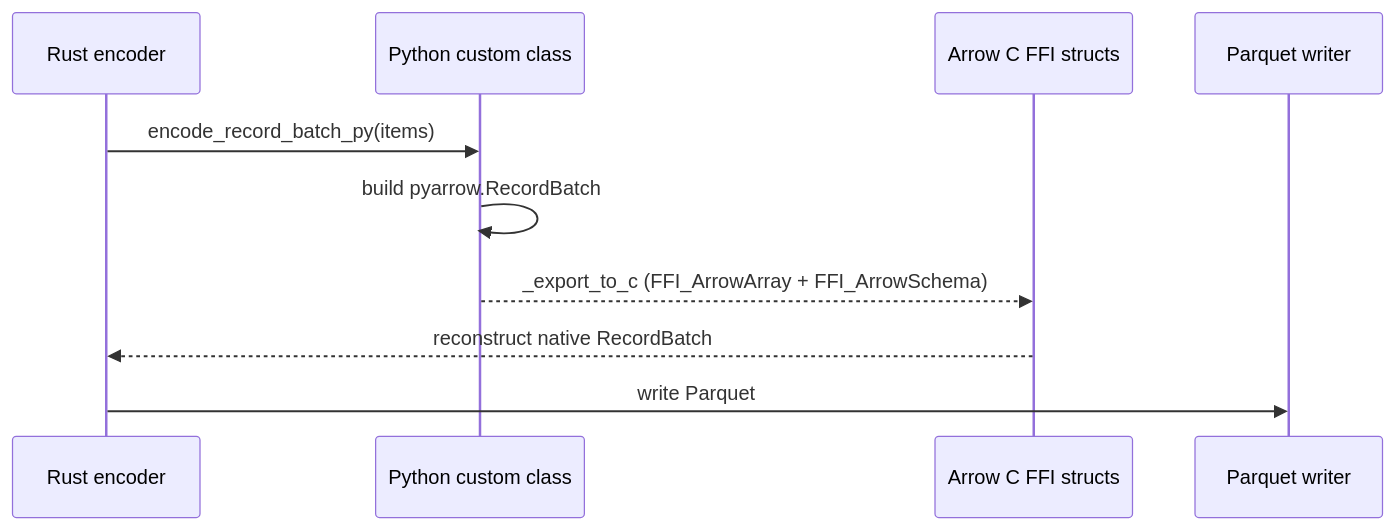
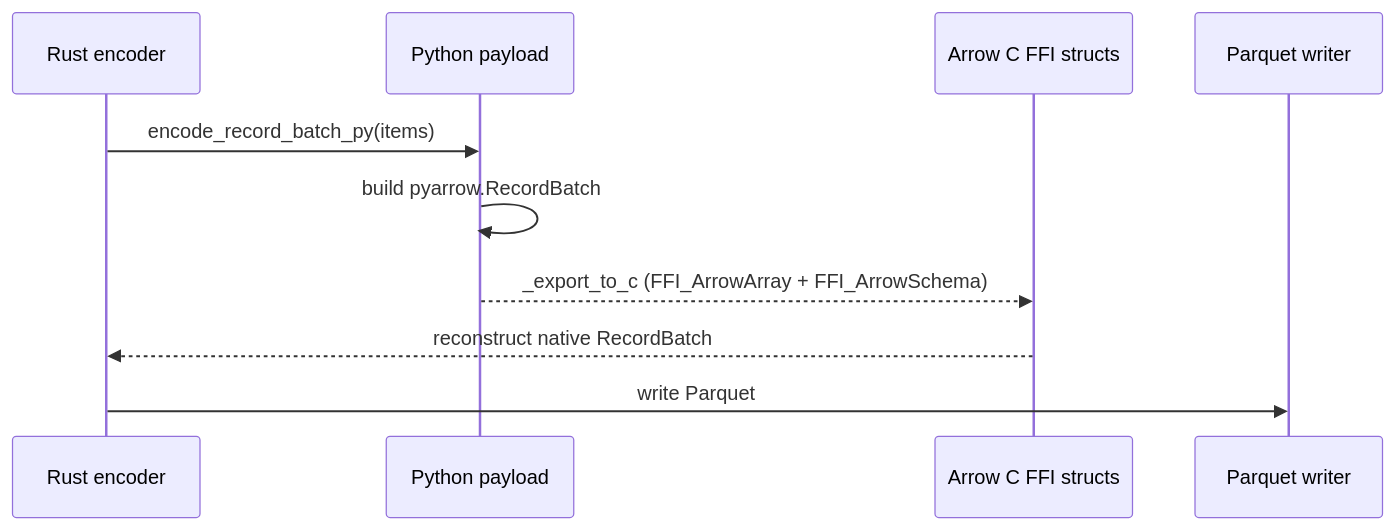
Before and after one commit to nautechsystems/nautilus_trader: the third of 3 diagrams in docs/concepts/custom_data.md, drawn with Mermaid. The commit also changed other lines of this file, not shown here.

First line of the commit message:
Refine custom data concept guide

````diff
--- a/docs/concepts/custom_data.md
+++ b/docs/concepts/custom_data.md
@@ -288,13 +290,13 @@
 ```mermaid
 sequenceDiagram
     participant R as Rust encoder
-    participant P as Python custom class
+    participant P as Python payload
     participant F as Arrow C FFI structs
     participant C as Parquet writer
 
     R->>P: encode_record_batch_py(items)
     P->>P: build pyarrow.RecordBatch
     P-->>F: _export_to_c (FFI_ArrowArray + FFI_ArrowSchema)
     F-->>R: reconstruct native RecordBatch
     R->>C: write Parquet
 ```
````
